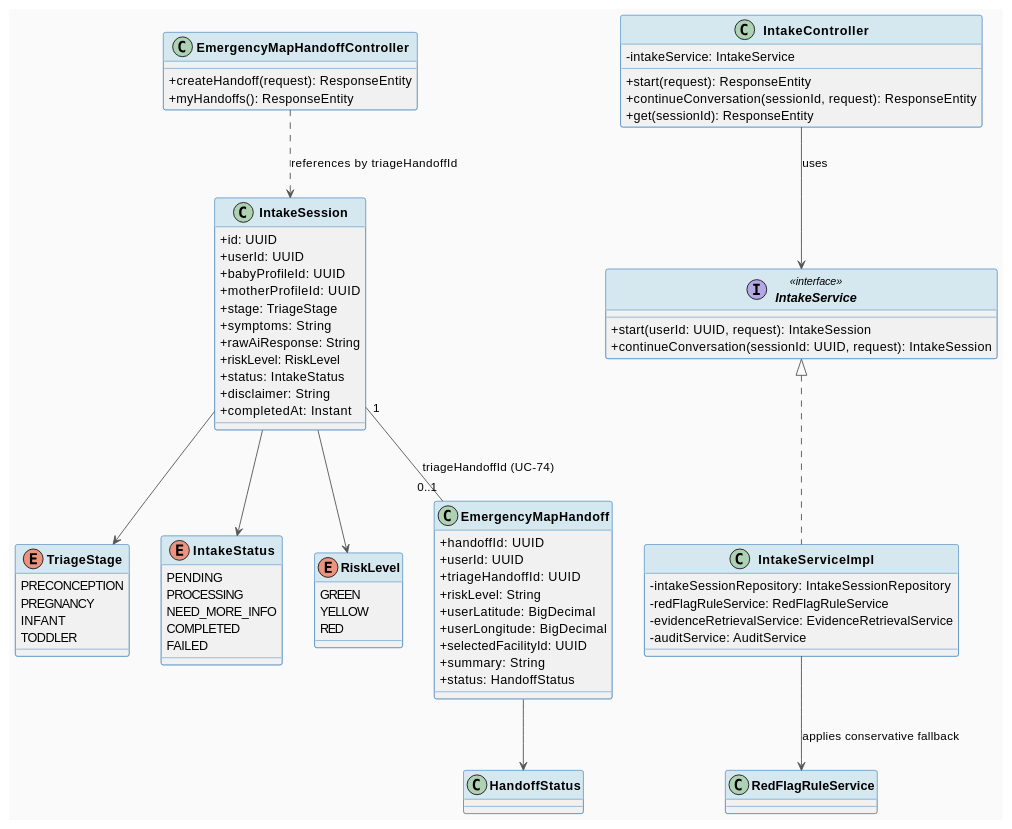
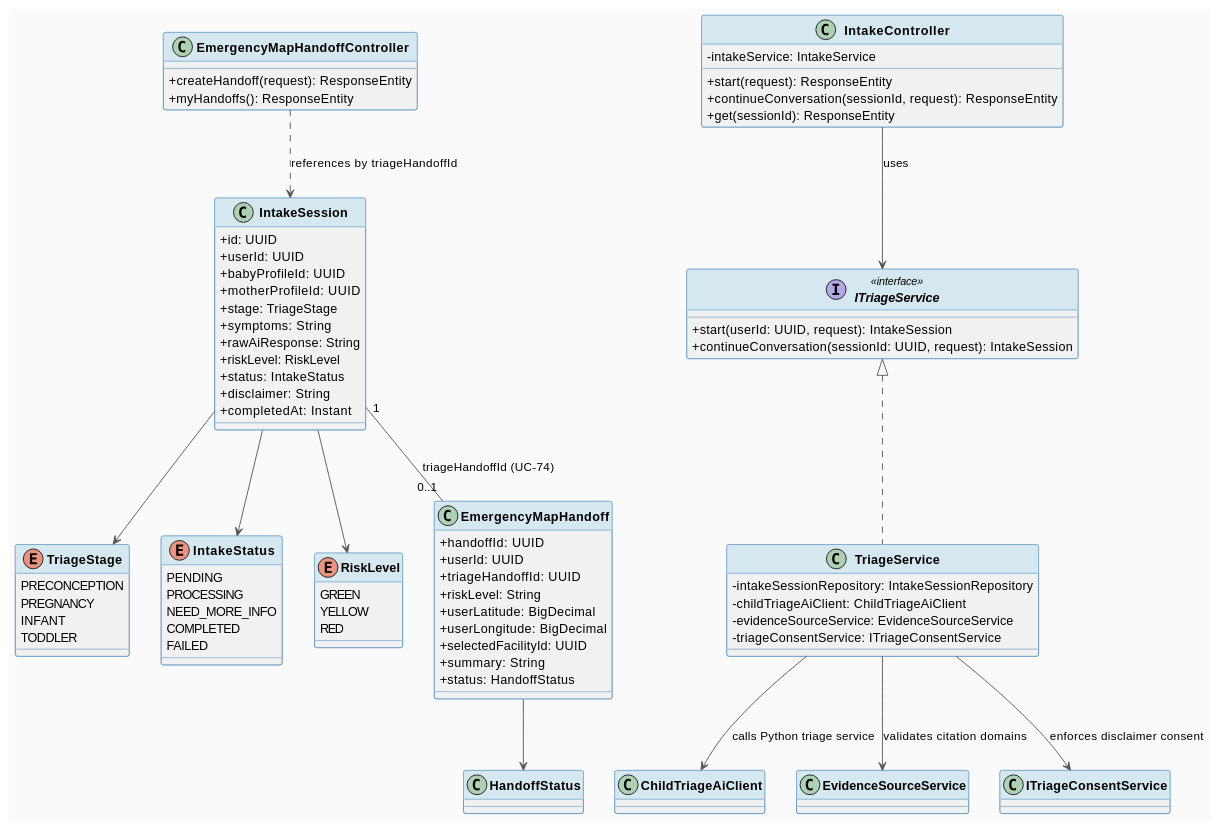
Before and after one commit to ChuongBDHE172784/CareBridge_SEP490_G79: the first of 2 diagrams in docs/Detailed_Design/MF06_AI_Nurse_Assistant_Risk_Triage/01_AI_Symptom_Intake_Risk_Triage_Emergency_Handoff.md, drawn with PlantUML. The commit also changed other lines of this file and 97 other files, not shown here.

Commit message:
docs: update detailed design documentation with new diagrams and restructured module files.

```diff
--- a/docs/Detailed_Design/MF06_AI_Nurse_Assistant_Risk_Triage/01_AI_Symptom_Intake_Risk_Triage_Emergency_Handoff.md
+++ b/docs/Detailed_Design/MF06_AI_Nurse_Assistant_Risk_Triage/01_AI_Symptom_Intake_Risk_Triage_Emergency_Handoff.md
@@ -85,16 +85,16 @@
   + get(sessionId): ResponseEntity
 }
 
-interface IntakeService <<interface>> {
+interface ITriageService <<interface>> {
   + start(userId: UUID, request): IntakeSession
   + continueConversation(sessionId: UUID, request): IntakeSession
 }
 
-class IntakeServiceImpl implements IntakeService {
+class TriageService implements ITriageService {
   - intakeSessionRepository: IntakeSessionRepository
-  - redFlagRuleService: RedFlagRuleService
-  - evidenceRetrievalService: EvidenceRetrievalService
-  - auditService: AuditService
+  - childTriageAiClient: ChildTriageAiClient
+  - evidenceSourceService: EvidenceSourceService
+  - triageConsentService: ITriageConsentService
 }
 
 class EmergencyMapHandoffController {
@@ -107,8 +107,10 @@
 IntakeSession --> RiskLevel
 IntakeSession "1" -- "0..1" EmergencyMapHandoff : triageHandoffId (UC-74)
 EmergencyMapHandoff --> HandoffStatus
-IntakeController --> IntakeService : uses
-IntakeServiceImpl --> RedFlagRuleService : applies conservative fallback
+IntakeController --> ITriageService : uses
+TriageService --> ChildTriageAiClient : calls Python triage service
+TriageService --> EvidenceSourceService : validates citation domains
+TriageService --> ITriageConsentService : enforces disclaimer consent
 EmergencyMapHandoffController ..> IntakeSession : references by triageHandoffId
 
 @enduml
```
